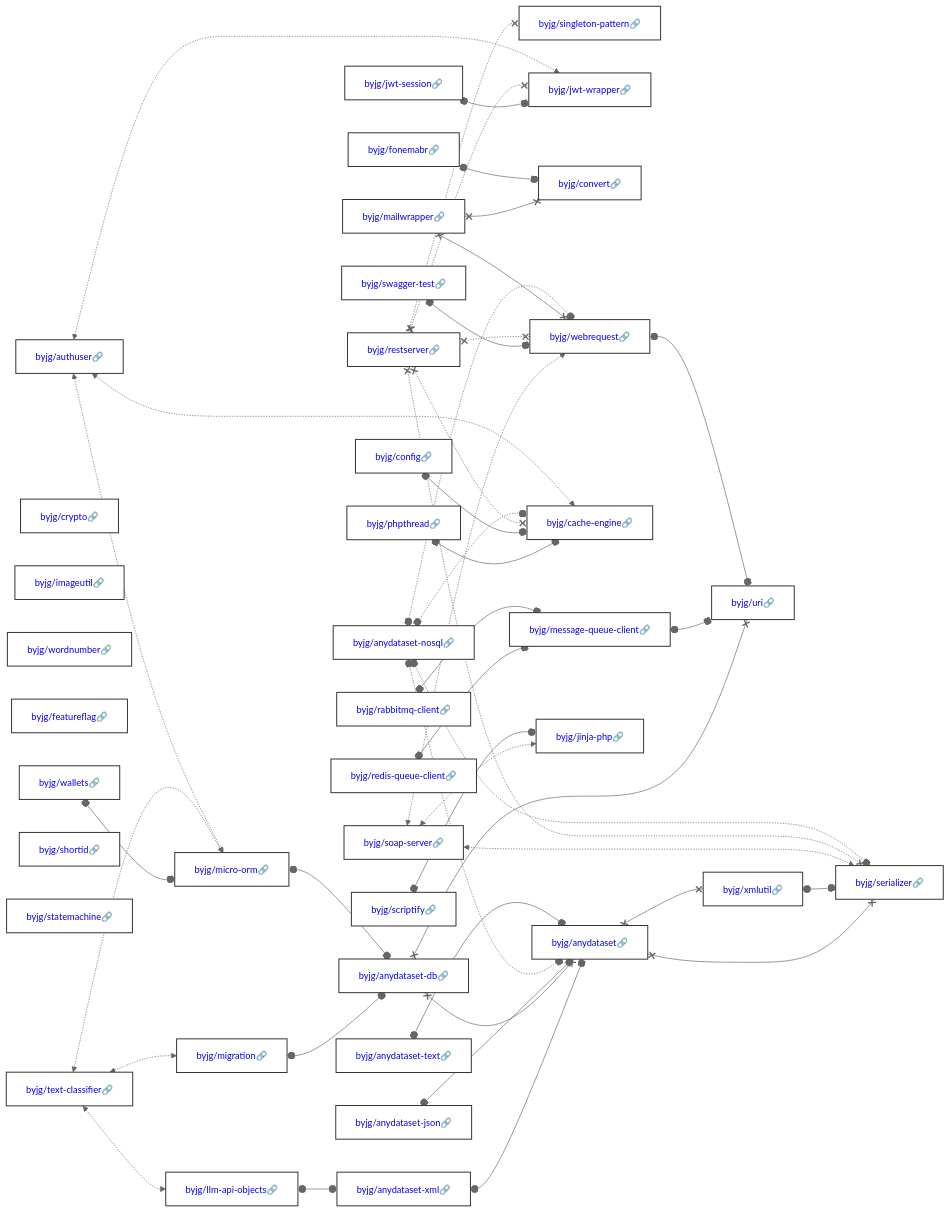
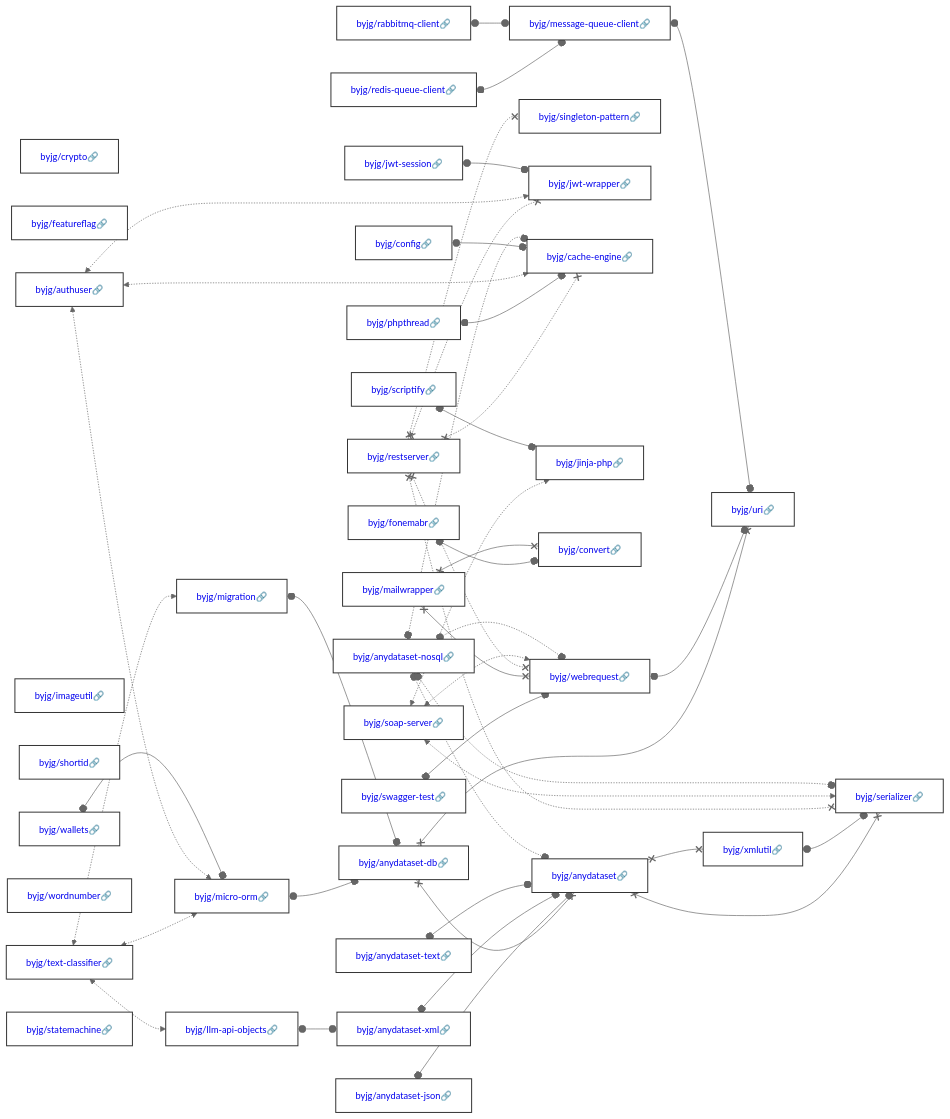
Before and after one commit to byjg/byjg.github.io: the diagram in docs/php/README.md, drawn with Mermaid (neutral theme). The commit also changed other lines of this file and 24 other files, not shown here.

````diff
--- a/docs/php/README.md
+++ b/docs/php/README.md
@@ -3,56 +3,59 @@
 ```mermaid
 graph LR;
+  byjg/crypto[<a href='https://opensource.byjg.com/docs/php/crypto' style='text-decoration:none'>byjg/crypto🔗</a>];
+  byjg/featureflag[<a href='https://opensource.byjg.com/docs/php/featureflag' style='text-decoration:none'>byjg/featureflag🔗</a>];
+  byjg/scriptify[<a href='https://opensource.byjg.com/docs/php/scriptify' style='text-decoration:none'>byjg/scriptify🔗</a>];
+  byjg/anydataset-json[<a href='https://opensource.byjg.com/docs/php/anydataset-json' style='text-decoration:none'>byjg/anydataset-json🔗</a>];
+  byjg/redis-queue-client[<a href='https://opensource.byjg.com/docs/php/redis-queue-client' style='text-decoration:none'>byjg/redis-queue-client🔗</a>];
+  byjg/rabbitmq-client[<a href='https://opensource.byjg.com/docs/php/rabbitmq-client' style='text-decoration:none'>byjg/rabbitmq-client🔗</a>];
+  byjg/fonemabr[<a href='https://opensource.byjg.com/docs/php/fonemabr' style='text-decoration:none'>byjg/fonemabr🔗</a>];
+  byjg/text-classifier[<a href='https://opensource.byjg.com/docs/php/text-classifier' style='text-decoration:none'>byjg/text-classifier🔗</a>];
+  byjg/swagger-test[<a href='https://opensource.byjg.com/docs/php/swagger-test' style='text-decoration:none'>byjg/swagger-test🔗</a>];
+  byjg/phpthread[<a href='https://opensource.byjg.com/docs/php/phpthread' style='text-decoration:none'>byjg/phpthread🔗</a>];
+  byjg/anydataset-nosql[<a href='https://opensource.byjg.com/docs/php/anydataset-nosql' style='text-decoration:none'>byjg/anydataset-nosql🔗</a>];
+  byjg/imageutil[<a href='https://opensource.byjg.com/docs/php/imageutil' style='text-decoration:none'>byjg/imageutil🔗</a>];
+  byjg/restserver[<a href='https://opensource.byjg.com/docs/php/restserver' style='text-decoration:none'>byjg/restserver🔗</a>];
+  byjg/jwt-session[<a href='https://opensource.byjg.com/docs/php/jwt-session' style='text-decoration:none'>byjg/jwt-session🔗</a>];
+  byjg/shortid[<a href='https://opensource.byjg.com/docs/php/shortid' style='text-decoration:none'>byjg/shortid🔗</a>];
   byjg/authuser[<a href='https://opensource.byjg.com/docs/php/authuser' style='text-decoration:none'>byjg/authuser🔗</a>];
+  byjg/wordnumber[<a href='https://opensource.byjg.com/docs/php/wordnumber' style='text-decoration:none'>byjg/wordnumber🔗</a>];
+  byjg/config[<a href='https://opensource.byjg.com/docs/php/config' style='text-decoration:none'>byjg/config🔗</a>];
+  byjg/wallets[<a href='https://opensource.byjg.com/docs/php/wallets' style='text-decoration:none'>byjg/wallets🔗</a>];
+  byjg/soap-server[<a href='https://opensource.byjg.com/docs/php/soap-server' style='text-decoration:none'>byjg/soap-server🔗</a>];
+  byjg/anydataset-text[<a href='https://opensource.byjg.com/docs/php/anydataset-text' style='text-decoration:none'>byjg/anydataset-text🔗</a>];
   byjg/mailwrapper[<a href='https://opensource.byjg.com/docs/php/mailwrapper' style='text-decoration:none'>byjg/mailwrapper🔗</a>];
-  byjg/crypto[<a href='https://opensource.byjg.com/docs/php/crypto' style='text-decoration:none'>byjg/crypto🔗</a>];
-  byjg/imageutil[<a href='https://opensource.byjg.com/docs/php/imageutil' style='text-decoration:none'>byjg/imageutil🔗</a>];
-  byjg/swagger-test[<a href='https://opensource.byjg.com/docs/php/swagger-test' style='text-decoration:none'>byjg/swagger-test🔗</a>];
-  byjg/anydataset-text[<a href='https://opensource.byjg.com/docs/php/anydataset-text' style='text-decoration:none'>byjg/anydataset-text🔗</a>];
-  byjg/wordnumber[<a href='https://opensource.byjg.com/docs/php/wordnumber' style='text-decoration:none'>byjg/wordnumber🔗</a>];
-  byjg/restserver[<a href='https://opensource.byjg.com/docs/php/restserver' style='text-decoration:none'>byjg/restserver🔗</a>];
-  byjg/phpthread[<a href='https://opensource.byjg.com/docs/php/phpthread' style='text-decoration:none'>byjg/phpthread🔗</a>];
-  byjg/featureflag[<a href='https://opensource.byjg.com/docs/php/featureflag' style='text-decoration:none'>byjg/featureflag🔗</a>];
-  byjg/soap-server[<a href='https://opensource.byjg.com/docs/php/soap-server' style='text-decoration:none'>byjg/soap-server🔗</a>];
-  byjg/jwt-session[<a href='https://opensource.byjg.com/docs/php/jwt-session' style='text-decoration:none'>byjg/jwt-session🔗</a>];
-  byjg/text-classifier[<a href='https://opensource.byjg.com/docs/php/text-classifier' style='text-decoration:none'>byjg/text-classifier🔗</a>];
-  byjg/fonemabr[<a href='https://opensource.byjg.com/docs/php/fonemabr' style='text-decoration:none'>byjg/fonemabr🔗</a>];
-  byjg/redis-queue-client[<a href='https://opensource.byjg.com/docs/php/redis-queue-client' style='text-decoration:none'>byjg/redis-queue-client🔗</a>];
-  byjg/anydataset-json[<a href='https://opensource.byjg.com/docs/php/anydataset-json' style='text-decoration:none'>byjg/anydataset-json🔗</a>];
-  byjg/config[<a href='https://opensource.byjg.com/docs/php/config' style='text-decoration:none'>byjg/config🔗</a>];
-  byjg/shortid[<a href='https://opensource.byjg.com/docs/php/shortid' style='text-decoration:none'>byjg/shortid🔗</a>];
   byjg/statemachine[<a href='https://opensource.byjg.com/docs/php/statemachine' style='text-decoration:none'>byjg/statemachine🔗</a>];
-  byjg/anydataset-nosql[<a href='https://opensource.byjg.com/docs/php/anydataset-nosql' style='text-decoration:none'>byjg/anydataset-nosql🔗</a>];
-  byjg/rabbitmq-client[<a href='https://opensource.byjg.com/docs/php/rabbitmq-client' style='text-decoration:none'>byjg/rabbitmq-client🔗</a>];
-  byjg/wallets[<a href='https://opensource.byjg.com/docs/php/wallets' style='text-decoration:none'>byjg/wallets🔗</a>];
-  byjg/scriptify[<a href='https://opensource.byjg.com/docs/php/scriptify' style='text-decoration:none'>byjg/scriptify🔗</a>];
+  byjg/message-queue-client[<a href='https://opensource.byjg.com/docs/php/message-queue-client' style='text-decoration:none'>byjg/message-queue-client🔗</a>];
+  byjg/migration[<a href='https://opensource.byjg.com/docs/php/migration' style='text-decoration:none'>byjg/migration🔗</a>];
+  byjg/llm-api-objects[<a href='https://opensource.byjg.com/docs/php/llm-api-objects' style='text-decoration:none'>byjg/llm-api-objects🔗</a>];
   byjg/singleton-pattern[<a href='https://opensource.byjg.com/docs/php/singleton-pattern' style='text-decoration:none'>byjg/singleton-pattern🔗</a>];
   byjg/jwt-wrapper[<a href='https://opensource.byjg.com/docs/php/jwt-wrapper' style='text-decoration:none'>byjg/jwt-wrapper🔗</a>];
-  byjg/migration[<a href='https://opensource.byjg.com/docs/php/migration' style='text-decoration:none'>byjg/migration🔗</a>];
-  byjg/llm-api-objects[<a href='https://opensource.byjg.com/docs/php/llm-api-objects' style='text-decoration:none'>byjg/llm-api-objects🔗</a>];
+  byjg/cache-engine[<a href='https://opensource.byjg.com/docs/php/cache-engine' style='text-decoration:none'>byjg/cache-engine🔗</a>];
+  byjg/micro-orm[<a href='https://opensource.byjg.com/docs/php/micro-orm' style='text-decoration:none'>byjg/micro-orm🔗</a>];
+  byjg/jinja-php[<a href='https://opensource.byjg.com/docs/php/jinja-php' style='text-decoration:none'>byjg/jinja-php🔗</a>];
   byjg/convert[<a href='https://opensource.byjg.com/docs/php/convert' style='text-decoration:none'>byjg/convert🔗</a>];
   byjg/webrequest[<a href='https://opensource.byjg.com/docs/php/webrequest' style='text-decoration:none'>byjg/webrequest🔗</a>];
-  byjg/cache-engine[<a href='https://opensource.byjg.com/docs/php/cache-engine' style='text-decoration:none'>byjg/cache-engine🔗</a>];
-  byjg/message-queue-client[<a href='https://opensource.byjg.com/docs/php/message-queue-client' style='text-decoration:none'>byjg/message-queue-client🔗</a>];
-  byjg/micro-orm[<a href='https://opensource.byjg.com/docs/php/micro-orm' style='text-decoration:none'>byjg/micro-orm🔗</a>];
-  byjg/jinja-php[<a href='https://opensource.byjg.com/docs/php/jinja-php' style='text-decoration:none'>byjg/jinja-php🔗</a>];
   byjg/anydataset-xml[<a href='https://opensource.byjg.com/docs/php/anydataset-xml' style='text-decoration:none'>byjg/anydataset-xml🔗</a>];
   byjg/anydataset-db[<a href='https://opensource.byjg.com/docs/php/anydataset-db' style='text-decoration:none'>byjg/anydataset-db🔗</a>];
   byjg/anydataset[<a href='https://opensource.byjg.com/docs/php/anydataset' style='text-decoration:none'>byjg/anydataset🔗</a>];
   byjg/uri[<a href='https://opensource.byjg.com/docs/php/uri' style='text-decoration:none'>byjg/uri🔗</a>];
   byjg/xmlutil[<a href='https://opensource.byjg.com/docs/php/xmlutil' style='text-decoration:none'>byjg/xmlutil🔗</a>];
   byjg/serializer[<a href='https://opensource.byjg.com/docs/php/serializer' style='text-decoration:none'>byjg/serializer🔗</a>];
-  byjg/authuser <-.-> byjg/micro-orm;
-  byjg/authuser <-.-> byjg/cache-engine;
-  byjg/authuser <-.-> byjg/jwt-wrapper;
+  byjg/micro-orm o--o byjg/anydataset-db;
+  byjg/anydataset-db x--x byjg/anydataset;
+  byjg/anydataset-db x--x byjg/uri;
+  byjg/fonemabr o--o byjg/convert;
+  byjg/anydataset-json o--o byjg/anydataset;
+  byjg/anydataset x--x byjg/serializer;
+  byjg/anydataset x--x byjg/xmlutil;
+  byjg/text-classifier <-.-> byjg/micro-orm;
+  byjg/text-classifier <-.-> byjg/migration;
+  byjg/text-classifier <-.-> byjg/llm-api-objects;
   byjg/webrequest o--o byjg/uri;
-  byjg/rabbitmq-client o--o byjg/message-queue-client;
-  byjg/llm-api-objects o--o byjg/anydataset-xml;
+  byjg/anydataset-xml o--o byjg/anydataset;
   byjg/anydataset-text o--o byjg/anydataset;
-  byjg/fonemabr o--o byjg/convert;
-  byjg/anydataset-nosql o-.-o byjg/anydataset;
-  byjg/anydataset-nosql o-.-o byjg/serializer;
-  byjg/anydataset-nosql o-.-o byjg/webrequest;
-  byjg/anydataset-nosql o-.-o byjg/cache-engine;
+  byjg/xmlutil o--o byjg/serializer;
+  byjg/swagger-test o--o byjg/webrequest;
   byjg/mailwrapper x--x byjg/convert;
   byjg/mailwrapper x--x byjg/webrequest;
   byjg/restserver x-.-x byjg/serializer;
@@ -60,29 +63,26 @@
   byjg/restserver x-.-x byjg/cache-engine;
   byjg/restserver x-.-x byjg/webrequest;
   byjg/restserver x-.-x byjg/jwt-wrapper;
-  byjg/swagger-test o--o byjg/webrequest;
-  byjg/scriptify o--o byjg/jinja-php;
   byjg/soap-server <-.-> byjg/jinja-php;
   byjg/soap-server <-.-> byjg/webrequest;
   byjg/soap-server <-.-> byjg/serializer;
-  byjg/xmlutil o--o byjg/serializer;
-  byjg/anydataset-json o--o byjg/anydataset;
-  byjg/message-queue-client o--o byjg/uri;
-  byjg/anydataset-db x--x byjg/anydataset;
-  byjg/anydataset-db x--x byjg/uri;
-  byjg/config o--o byjg/cache-engine;
-  byjg/micro-orm o--o byjg/anydataset-db;
-  byjg/jwt-session o--o byjg/jwt-wrapper;
-  byjg/migration o--o byjg/anydataset-db;
-  byjg/anydataset x--x byjg/serializer;
-  byjg/anydataset x--x byjg/xmlutil;
   byjg/phpthread o--o byjg/cache-engine;
   byjg/redis-queue-client o--o byjg/message-queue-client;
-  byjg/text-classifier <-.-> byjg/micro-orm;
-  byjg/text-classifier <-.-> byjg/migration;
-  byjg/text-classifier <-.-> byjg/llm-api-objects;
-  byjg/anydataset-xml o--o byjg/anydataset;
+  byjg/scriptify o--o byjg/jinja-php;
+  byjg/migration o--o byjg/anydataset-db;
+  byjg/authuser <-.-> byjg/micro-orm;
+  byjg/authuser <-.-> byjg/cache-engine;
+  byjg/authuser <-.-> byjg/jwt-wrapper;
+  byjg/config o--o byjg/cache-engine;
+  byjg/llm-api-objects o--o byjg/anydataset-xml;
   byjg/wallets o--o byjg/micro-orm;
+  byjg/rabbitmq-client o--o byjg/message-queue-client;
+  byjg/jwt-session o--o byjg/jwt-wrapper;
+  byjg/message-queue-client o--o byjg/uri;
+  byjg/anydataset-nosql o-.-o byjg/anydataset;
+  byjg/anydataset-nosql o-.-o byjg/serializer;
+  byjg/anydataset-nosql o-.-o byjg/webrequest;
+  byjg/anydataset-nosql o-.-o byjg/cache-engine;
   classDef default fill:#ffffff,stroke:#333,stroke-width:1.5px,color:#000,font-size:14px;
   classDef highlight fill:#ffef96,stroke:#ff9900,stroke-width:3px;
   classDef deprecated fill:#f8f8f8,stroke:#cccccc,stroke-dasharray: 5 5,stroke-width:1px,color:#999;
````
